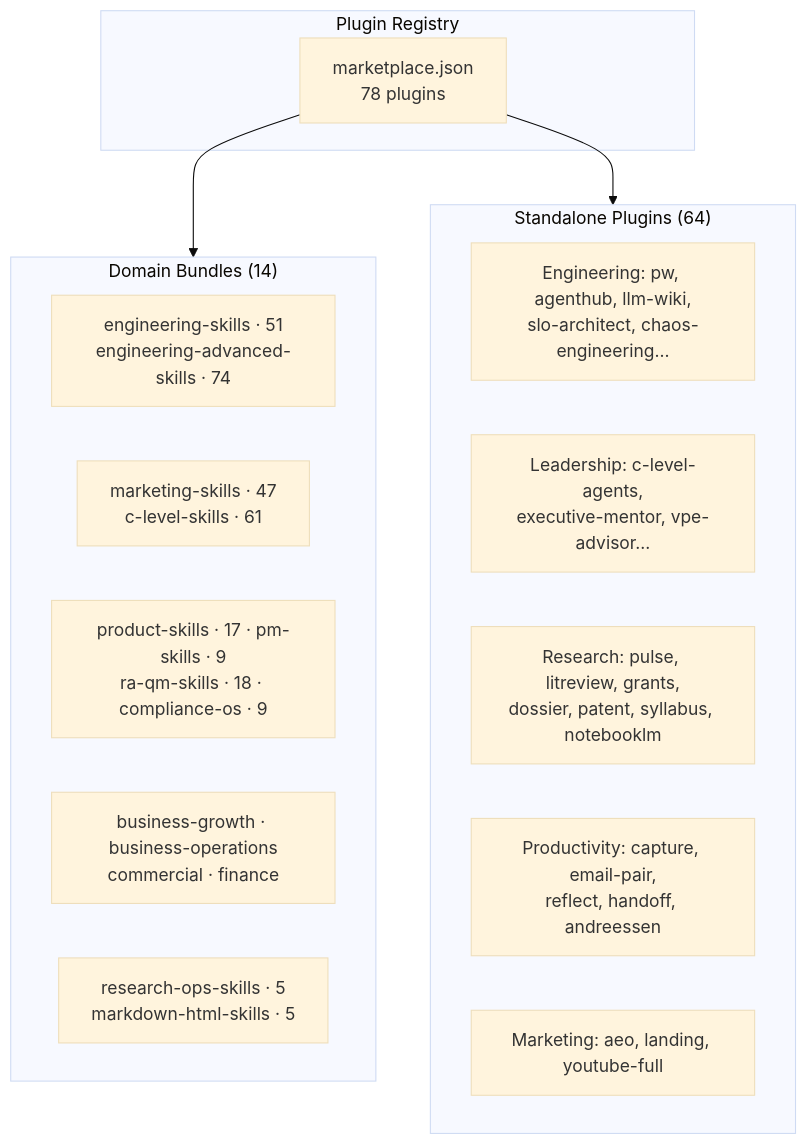
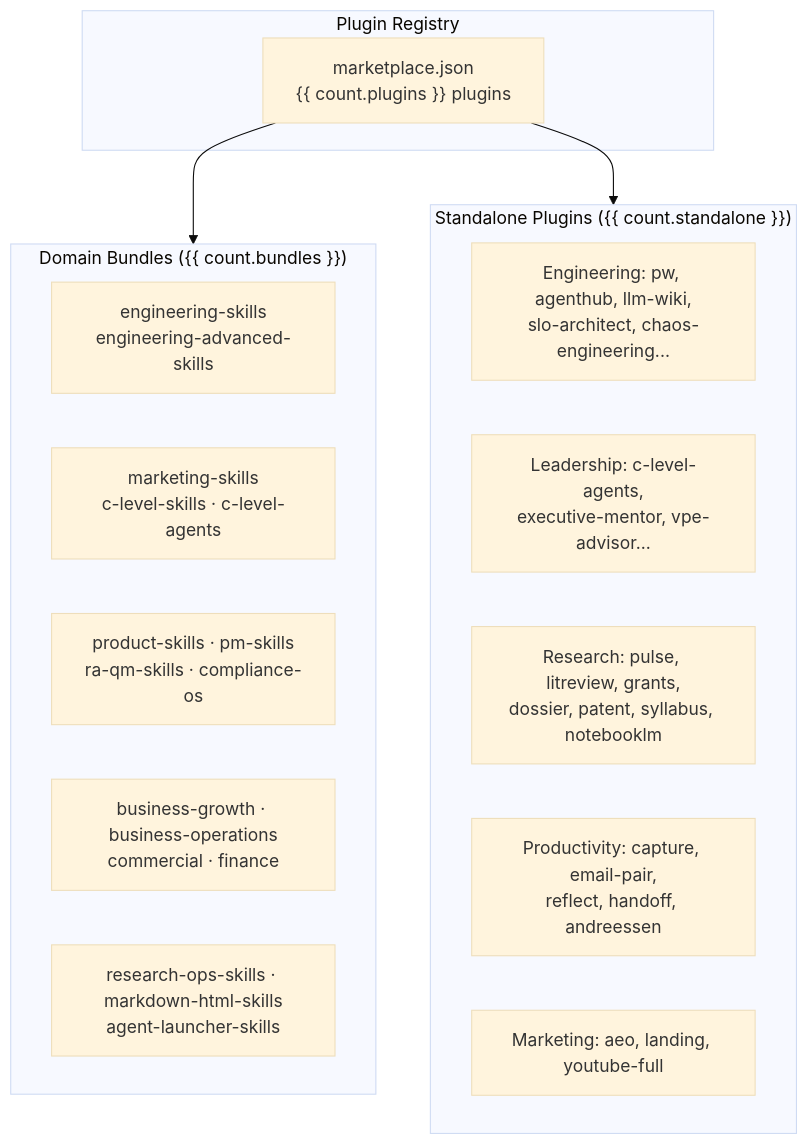
One commit to thereisnotime/skills-collection changed the diagram in skills/alirezarezvani--claude-skills/docs/plugins/index.md. Above: the diagram before and after it, drawn with Mermaid (base theme). The commit also changed other lines of this file and 1649 other files, not shown here.

Commit message:
sync: update skills repos, readme and charts

````diff
--- a/skills/alirezarezvani--claude-skills/docs/plugins/index.md
+++ b/skills/alirezarezvani--claude-skills/docs/plugins/index.md
@@ -91,25 +91,25 @@
 ```mermaid
 graph TB
     subgraph Registry["Plugin Registry"]
-        MP["marketplace.json<br/>78 plugins"]
+        MP["marketplace.json<br/>{{ count.plugins }} plugins"]
     end
 
-    subgraph Bundles["Domain Bundles (14)"]
-        B1["engineering-skills · 51<br/>engineering-advanced-skills · 74"]
-        B2["marketing-skills · 47<br/>c-level-skills · 61"]
-        B3["product-skills · 17 · pm-skills · 9<br/>ra-qm-skills · 18 · compliance-os · 9"]
+    subgraph Bundles["Domain Bundles ({{ count.bundles }})"]
+        B1["engineering-skills<br/>engineering-advanced-skills"]
+        B2["marketing-skills<br/>c-level-skills · c-level-agents"]
+        B3["product-skills · pm-skills<br/>ra-qm-skills · compliance-os"]
         B4["business-growth · business-operations<br/>commercial · finance"]
-        B5["research-ops-skills · 5<br/>markdown-html-skills · 5"]
+        B5["research-ops-skills · markdown-html-skills<br/>agent-launcher-skills"]
     end
 
-    subgraph Standalone["Standalone Plugins (64)"]
+    subgraph Standalone["Standalone Plugins ({{ count.standalone }})"]
         S1["Engineering: pw, agenthub, llm-wiki,<br/>slo-architect, chaos-engineering..."]
         S2["Leadership: c-level-agents,<br/>executive-mentor, vpe-advisor..."]
         S3["Research: pulse, litreview, grants,<br/>dossier, patent, syllabus, notebooklm"]
         S4["Productivity: capture, email-pair,<br/>reflect, handoff, andreessen"]
         S5["Marketing: aeo, landing, youtube-full"]
     end
 
     MP --> Bundles
     MP --> Standalone
 ```
````
